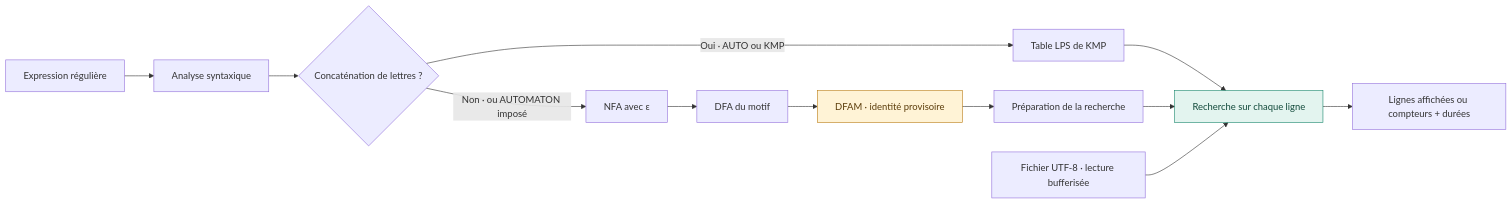
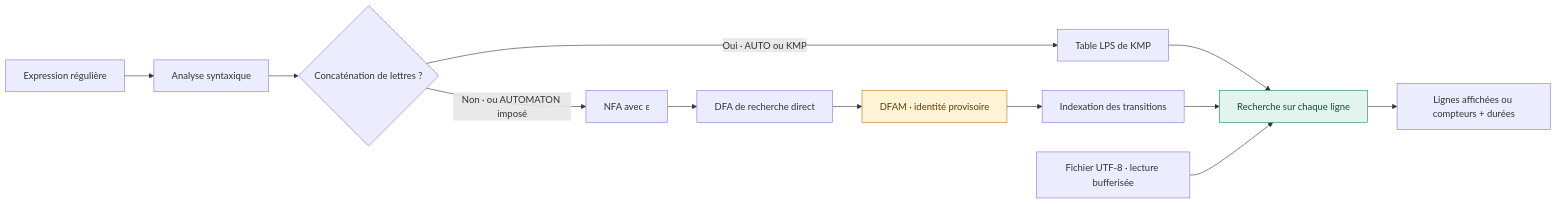
The diagram in README.md (YahyaMudallal/regex-search), drawn with Mermaid before and after one commit. The commit also changed other lines of this file and 63 other files, not shown here.

````diff
--- a/README.md
+++ b/README.md
@@ -90,16 +90,16 @@
 ```mermaid
 flowchart LR
     R["Expression régulière"] --> P["Analyse syntaxique"]
     P --> C{"Concaténation de lettres ?"}
     C -->|"Oui · AUTO ou KMP"| K["Table LPS de KMP"]
     C -->|"Non · ou AUTOMATON imposé"| N["NFA avec ε"]
-    N --> D["DFA du motif"]
+    N --> D["DFA de recherche direct"]
     D --> M["DFAM · identité provisoire"]
-    M --> S["Préparation de la recherche"]
+    M --> S["Indexation des transitions"]
     K --> L["Recherche sur chaque ligne"]
     S --> L
     F["Fichier UTF-8 · lecture bufferisée"] --> L
     L --> O["Lignes affichées ou compteurs + durées"]
     style M fill:#fff3d6,stroke:#ba7b13,color:#5b3c0a
     style L fill:#e3f4ef,stroke:#16866b,color:#124a3b
 ```
````
